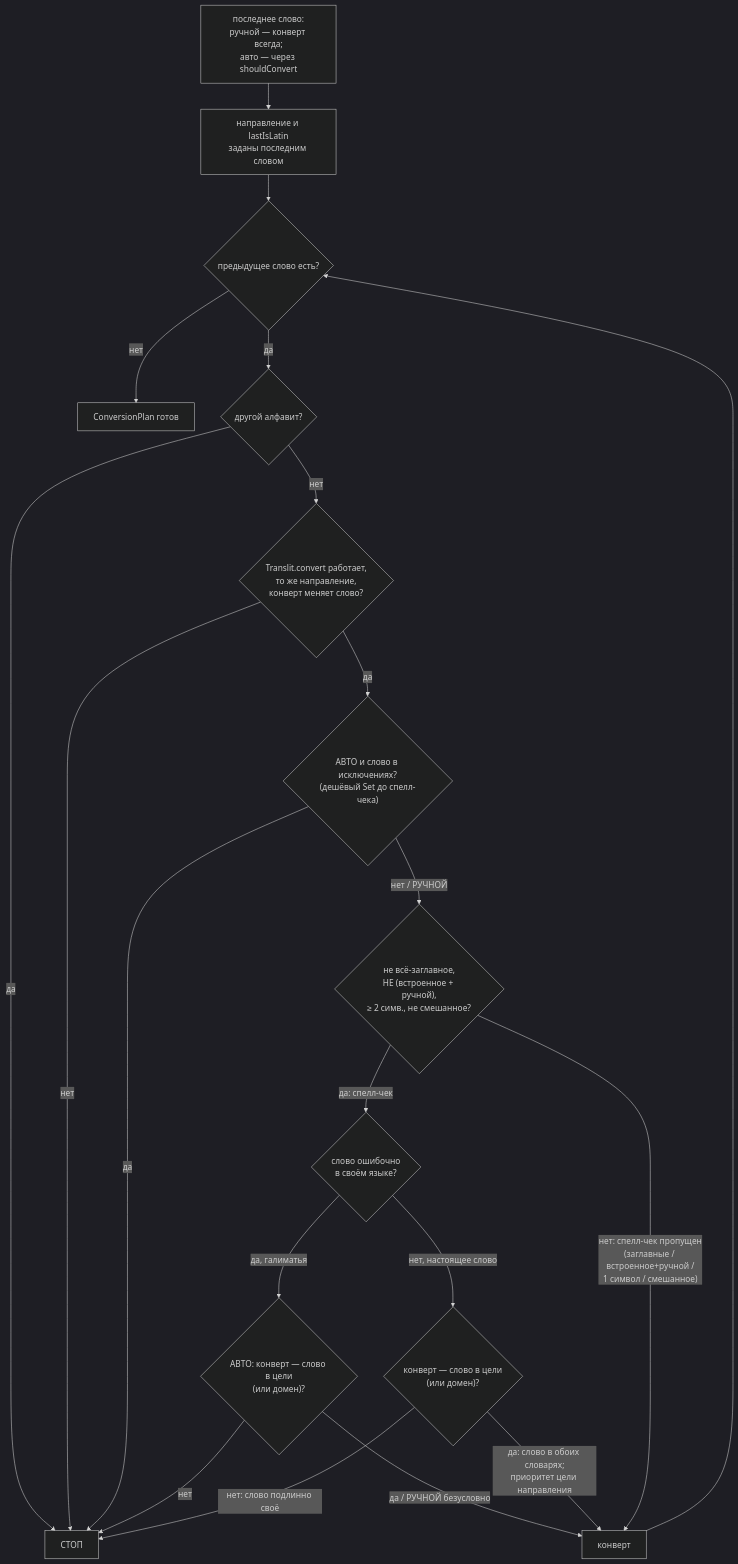
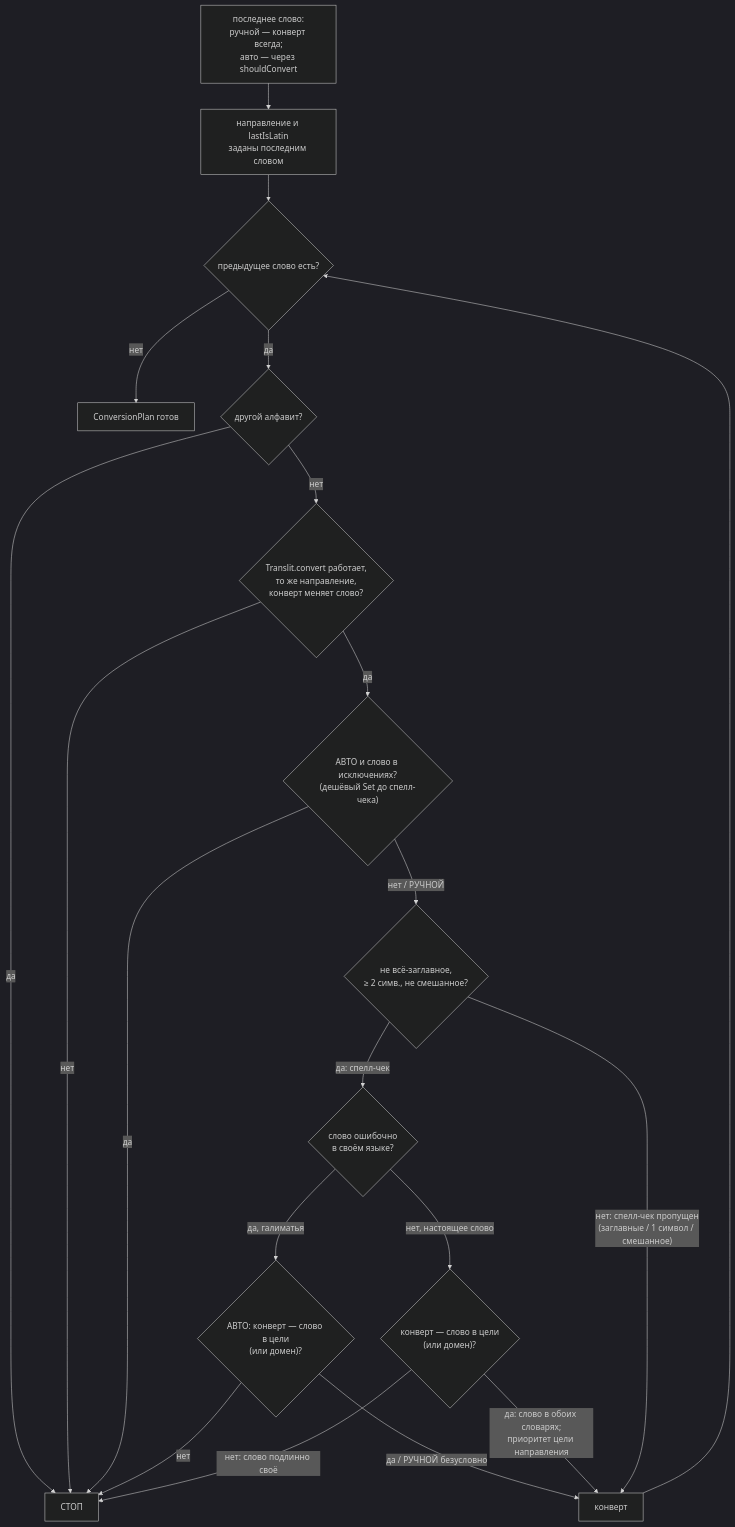
The third of 4 diagrams in BUSINESS-LOGIC.md (Wotaniel/Ali-switcher), drawn with Mermaid (dark theme) before and after one commit. The commit also changed other lines of this file and 5 other files, not shown here.

````diff
--- a/BUSINESS-LOGIC.md
+++ b/BUSINESS-LOGIC.md
@@ -988,22 +992,22 @@
 ```mermaid
 flowchart TD
     A["последнее слово:<br/>ручной — конверт всегда;<br/>авто — через shouldConvert"] --> B["направление и lastIsLatin<br/>заданы последним словом"]
     B --> C{"предыдущее слово есть?"}
     C -- "нет" --> R["ConversionPlan готов"]
     C -- "да" --> D{"другой алфавит?"}
     D -- "да" --> S["СТОП"]
     D -- "нет" --> E{"Translit.convert работает,<br/>то же направление,<br/>конверт меняет слово?"}
     E -- "нет" --> S
     E -- "да" --> H2{"АВТО и слово в исключениях?<br/>(дешёвый Set до спелл-чека)"}
     H2 -- "да" --> S
-    H2 -- "нет / РУЧНОЙ" --> F{"не всё-заглавное,<br/>НЕ (встроенное + ручной),<br/>≥ 2 симв., не смешанное?"}
+    H2 -- "нет / РУЧНОЙ" --> F{"не всё-заглавное,<br/>≥ 2 симв., не смешанное?"}
     F -- "да: спелл-чек" --> G{"слово ошибочно<br/>в своём языке?"}
     G -- "да, галиматья" --> H{"АВТО: конверт — слово в цели<br/>(или домен)?"}
     H -- "нет" --> S
     H -- "да / РУЧНОЙ безусловно" --> L["конверт"]
     G -- "нет, настоящее слово" --> I{"конверт — слово в цели<br/>(или домен)?"}
     I -- "да: слово в обоих словарях;<br/>приоритет цели направления" --> L
     I -- "нет: слово подлинно своё" --> S
-    F -- "нет: спелл-чек пропущен<br/>(заглавные / встроенное+ручной /<br/>1 символ / смешанное)" --> L
+    F -- "нет: спелл-чек пропущен<br/>(заглавные / 1 символ / смешанное)" --> L
     L --> C
 ```
````
